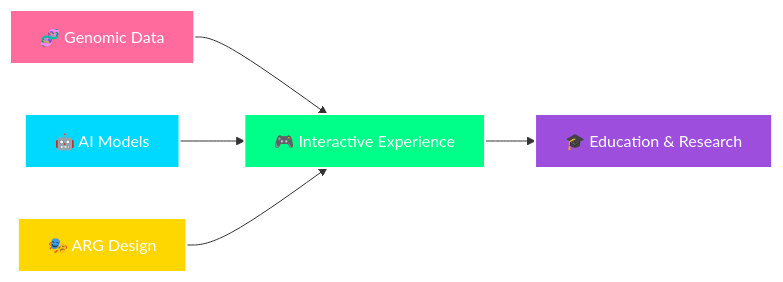
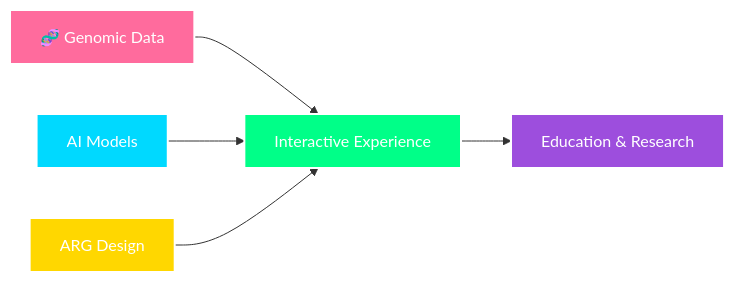
Before and after one commit to Genomic-AI-Research-Lab-GARL/.github: the first of 2 diagrams in profile/README.md, drawn with Mermaid. The commit also changed other lines of this file, not shown here.

````diff
--- a/profile/README.md
+++ b/profile/README.md
@@ -22,12 +22,12 @@
 ```mermaid
 graph LR
-    A[🧬 Genomic Data] --> D[🎮 Interactive Experience]
-    B[🤖 AI Models] --> D
-    C[🎭 ARG Design] --> D
-    D --> E[🎓 Education & Research]
+    A[🧬 Genomic Data] --> D[ Interactive Experience]
+    B[ AI Models] --> D
+    C[ ARG Design] --> D
+    D --> E[ Education & Research]
     style A fill:#FF6B9D,stroke:#fff,stroke-width:2px,color:#fff
     style B fill:#00D9FF,stroke:#fff,stroke-width:2px,color:#fff
     style C fill:#FFD700,stroke:#fff,stroke-width:2px,color:#fff
     style D fill:#00FF88,stroke:#fff,stroke-width:2px,color:#fff
     style E fill:#9D4EDD,stroke:#fff,stroke-width:2px,color:#fff
 ```
````
